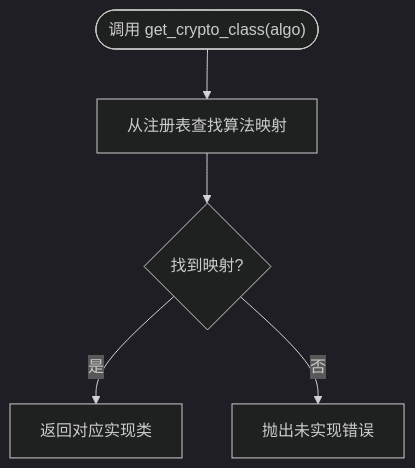
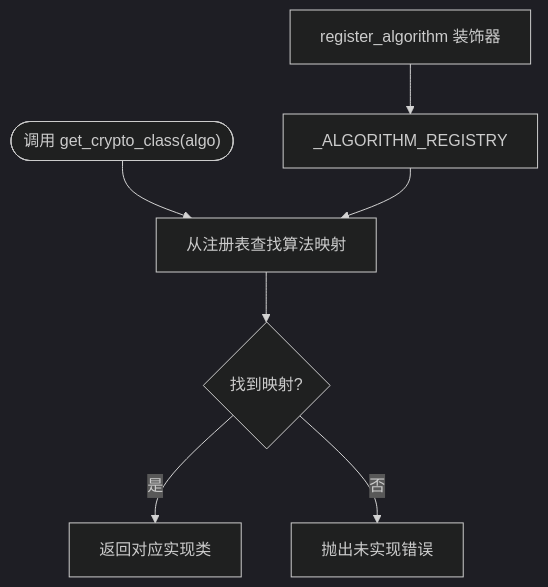
One commit to lilinzezzzzzz/fastapi-backend changed the fourth of 7 diagrams in .qoder/repowiki/zh/content/基础设施工具/加密工具.md. Above: the diagram before and after it, drawn with Mermaid (dark theme). The commit also changed other lines of this file and 42 other files, not shown here.

````diff
--- a/.qoder/repowiki/zh/content/基础设施工具/加密工具.md
+++ b/.qoder/repowiki/zh/content/基础设施工具/加密工具.md
@@ -168,7 +180,9 @@
 ```mermaid
 flowchart TD
 Start(["调用 get_crypto_class(algo)"]) --> Lookup["从注册表查找算法映射"]
 Lookup --> Found{"找到映射?"}
 Found --> |是| ReturnClass["返回对应实现类"]
 Found --> |否| RaiseError["抛出未实现错误"]
+Register["register_algorithm 装饰器"] --> Registry["_ALGORITHM_REGISTRY"]
+Registry --> Lookup
 ```
````
